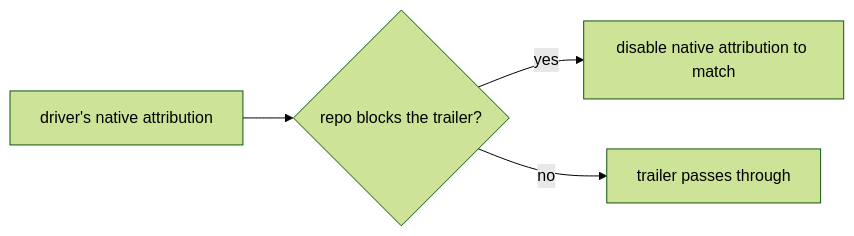
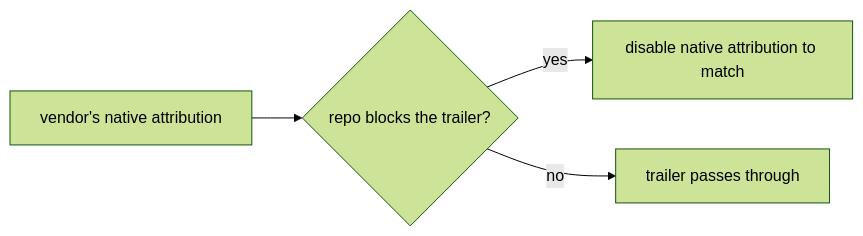
The tenth of 10 diagrams in docs/product/planes/hooks.md (infimalabs/spice-rust), drawn with Mermaid (forest theme) before and after one commit. The commit also changed other lines of this file and 71 other files, not shown here.

````diff
--- a/docs/product/planes/hooks.md
+++ b/docs/product/planes/hooks.md
@@ -224,6 +242,6 @@
 ```mermaid
 flowchart LR
-  D["driver's native attribution"] --> P{"repo blocks the trailer?"}
+  D["vendor's native attribution"] --> P{"repo blocks the trailer?"}
   P -- yes --> O["disable native attribution to match"]
   P -- no --> T["trailer passes through"]
 ```
````
